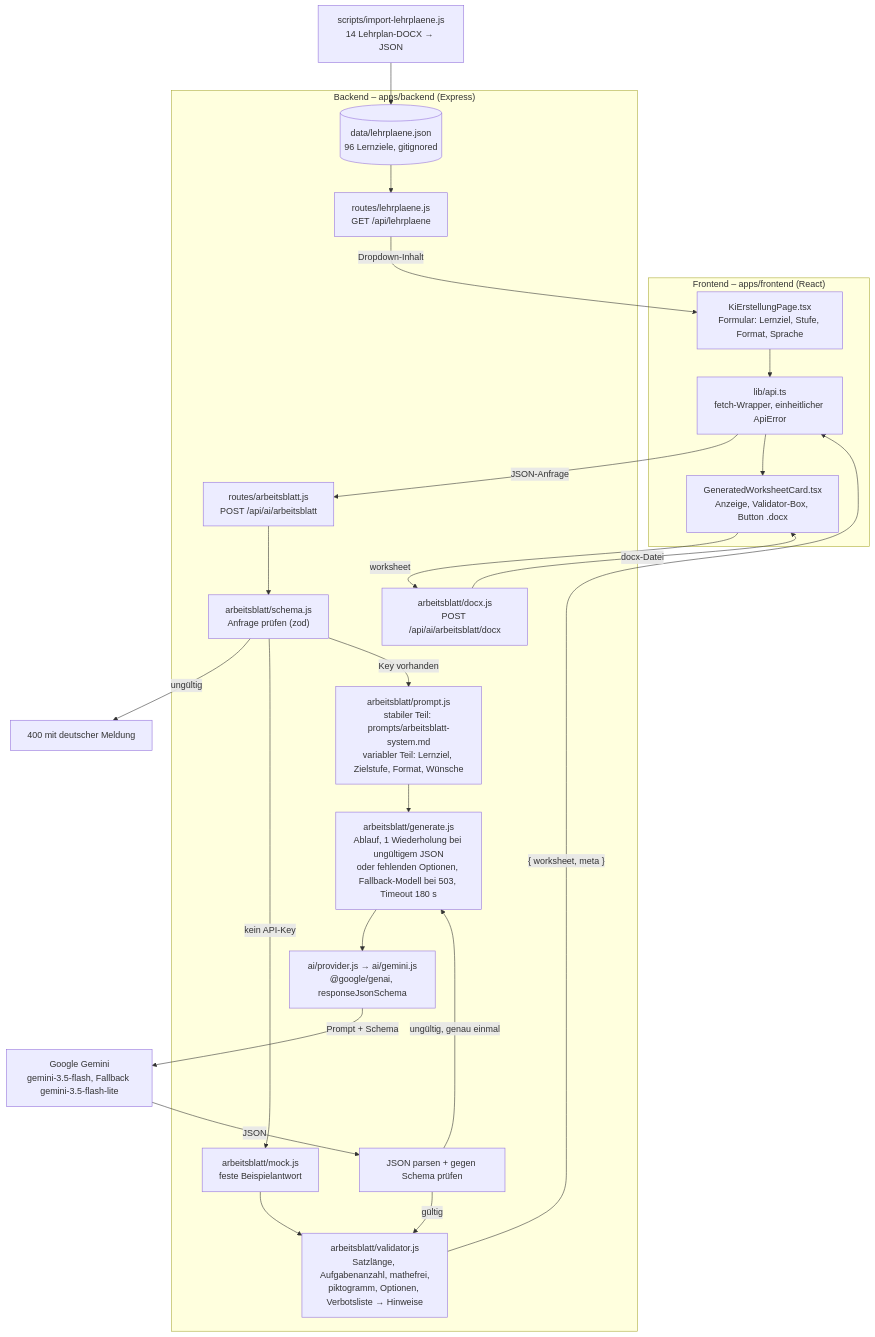
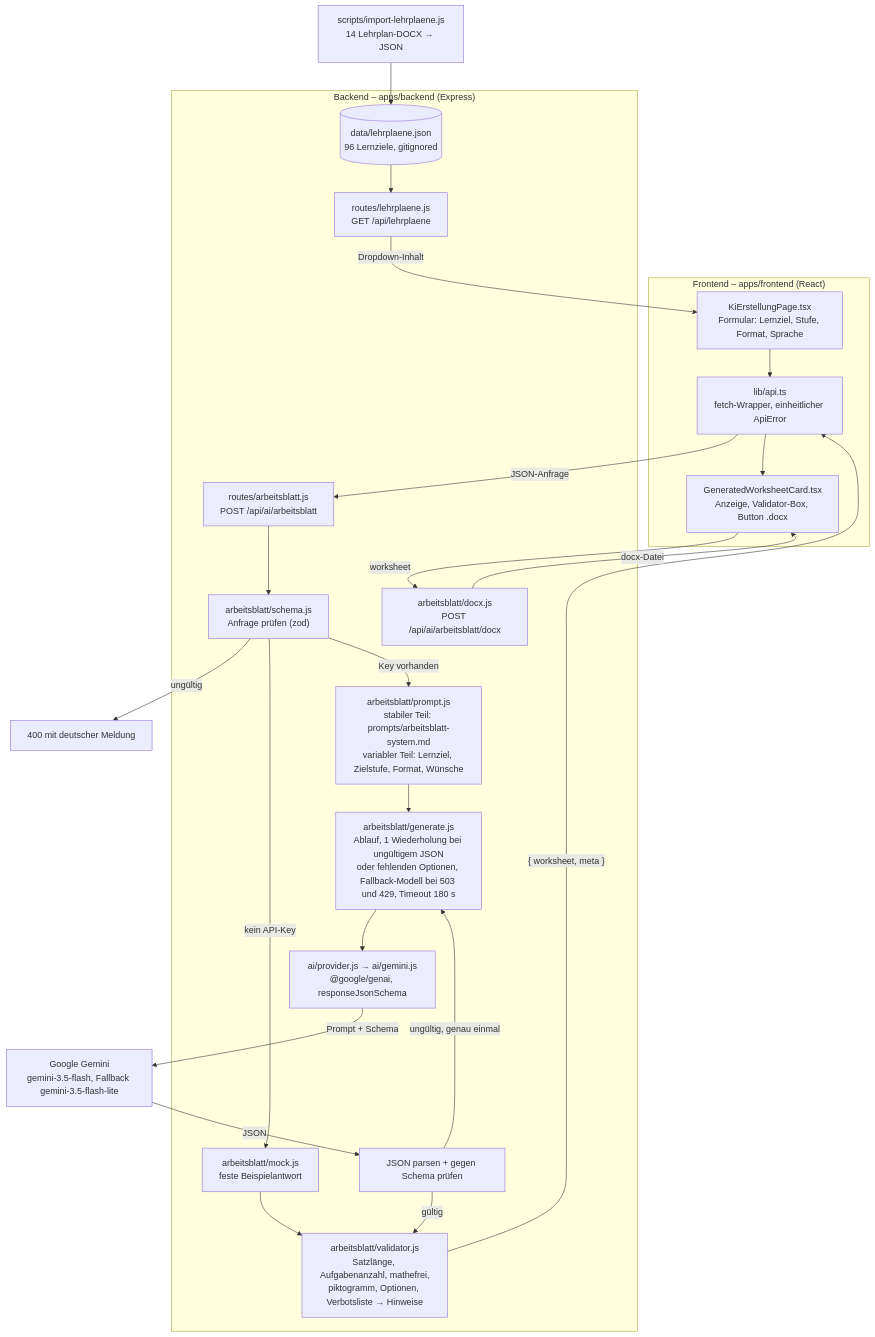
One commit to ZipseLu/DHBW-Integrationsseminar-Bildungspark changed the second of 2 diagrams in docs/prototyp-ki-arbeitsblatt.md. Above: the diagram before and after it, drawn with Mermaid. The commit also changed other lines of this file and 4 other files, not shown here.

````diff
--- a/docs/prototyp-ki-arbeitsblatt.md
+++ b/docs/prototyp-ki-arbeitsblatt.md
@@ -48,46 +48,46 @@
 ```mermaid
 flowchart TD
     subgraph FE["Frontend – apps/frontend (React)"]
         Form["KiErstellungPage.tsx<br/>Formular: Lernziel, Stufe, Format, Sprache"]
         Api["lib/api.ts<br/>fetch-Wrapper, einheitlicher ApiError"]
         Card["GeneratedWorksheetCard.tsx<br/>Anzeige, Validator-Box, Button .docx"]
     end
 
     subgraph BE["Backend – apps/backend (Express)"]
         Route["routes/arbeitsblatt.js<br/>POST /api/ai/arbeitsblatt"]
         Schema["arbeitsblatt/schema.js<br/>Anfrage prüfen (zod)"]
         Mock["arbeitsblatt/mock.js<br/>feste Beispielantwort"]
         Prompt["arbeitsblatt/prompt.js<br/>stabiler Teil: prompts/arbeitsblatt-system.md<br/>variabler Teil: Lernziel, Zielstufe, Format, Wünsche"]
-        Gen["arbeitsblatt/generate.js<br/>Ablauf, 1 Wiederholung bei ungültigem JSON<br/>oder fehlenden Optionen, Fallback-Modell bei 503, Timeout 180 s"]
+        Gen["arbeitsblatt/generate.js<br/>Ablauf, 1 Wiederholung bei ungültigem JSON<br/>oder fehlenden Optionen, Fallback-Modell bei 503 und 429, Timeout 180 s"]
         Prov["ai/provider.js → ai/gemini.js<br/>@google/genai, responseJsonSchema"]
         Parse["JSON parsen + gegen Schema prüfen"]
         Val["arbeitsblatt/validator.js<br/>Satzlänge, Aufgabenanzahl, mathefrei,<br/>piktogramm, Optionen, Verbotsliste → Hinweise"]
         Docx["arbeitsblatt/docx.js<br/>POST /api/ai/arbeitsblatt/docx"]
         Lehr["routes/lehrplaene.js<br/>GET /api/lehrplaene"]
         Data[("data/lehrplaene.json<br/>96 Lernziele, gitignored")]
     end
 
     Gemini["Google Gemini<br/>gemini-3.5-flash, Fallback gemini-3.5-flash-lite"]
     Import["scripts/import-lehrplaene.js<br/>14 Lehrplan-DOCX → JSON"]
 
     Form --> Api
     Api -- "JSON-Anfrage" --> Route
     Route --> Schema
     Schema -- "ungültig" --> E400["400 mit deutscher Meldung"]
     Schema -- "kein API-Key" --> Mock
     Mock --> Val
     Schema -- "Key vorhanden" --> Prompt
     Prompt --> Gen
     Gen --> Prov
     Prov -- "Prompt + Schema" --> Gemini
     Gemini -- "JSON" --> Parse
     Parse -- "ungültig, genau einmal" --> Gen
     Parse -- "gültig" --> Val
     Val -- "{ worksheet, meta }" --> Api
     Api --> Card
     Card -- "worksheet" --> Docx
     Docx -- "docx-Datei" --> Card
     Import --> Data
     Data --> Lehr
     Lehr -- "Dropdown-Inhalt" --> Form
 ```
````
